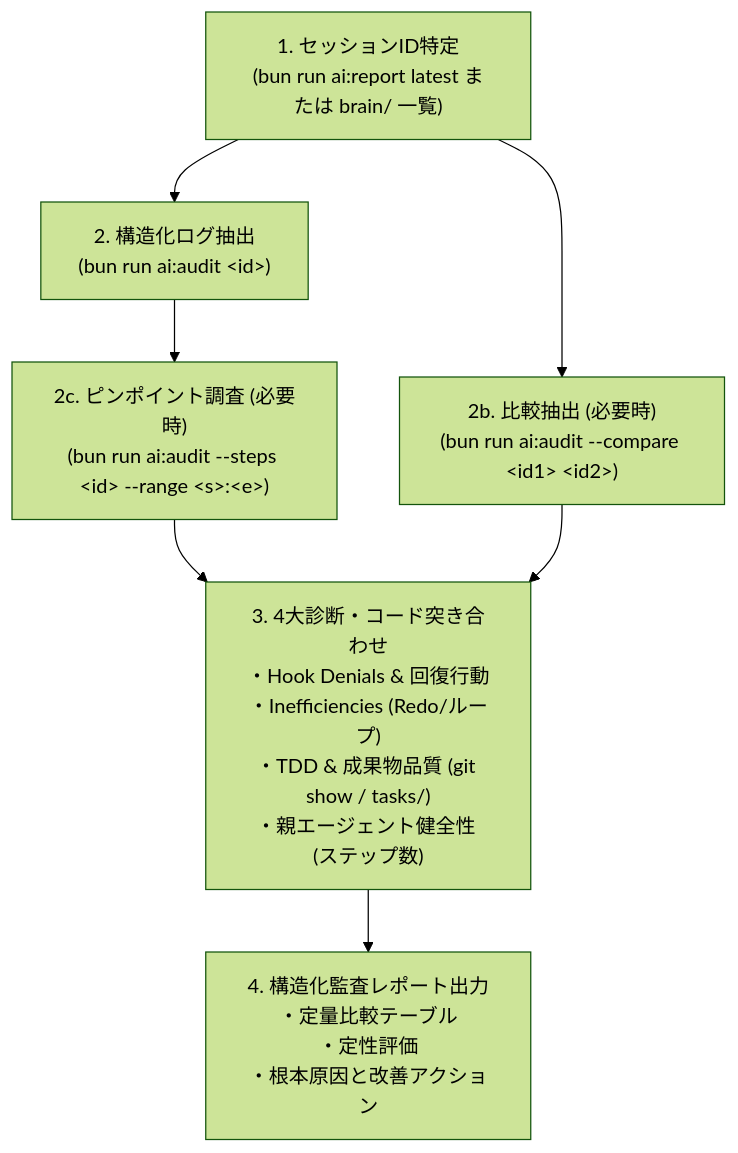
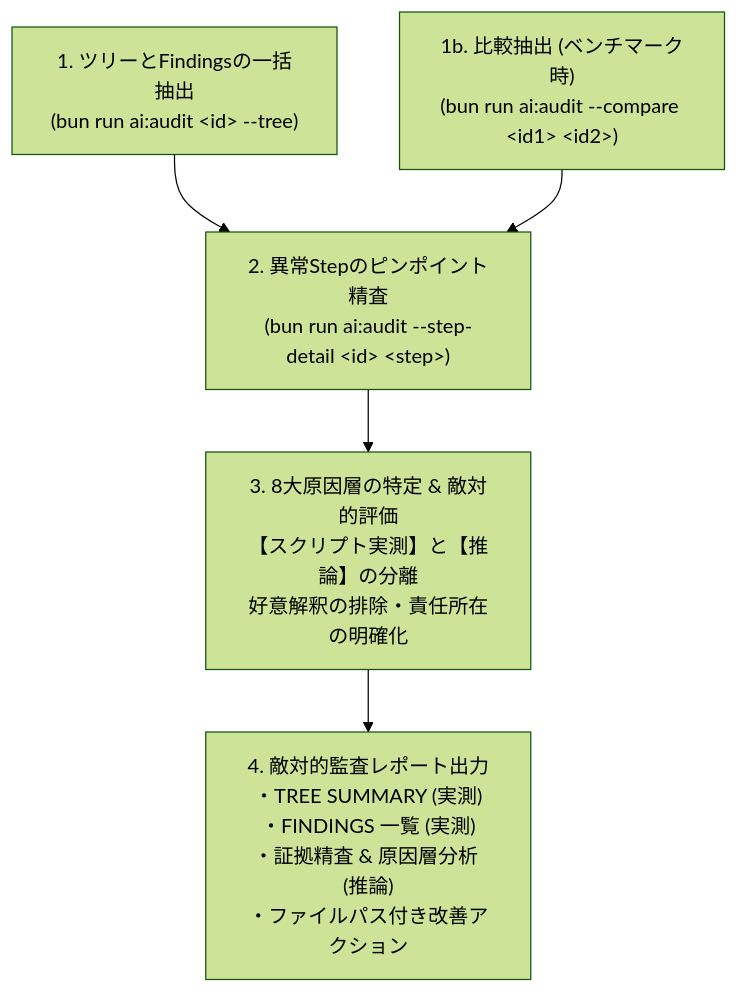
The diagram in .agents/skills/session-audit/SKILL.md (watter46/footics), drawn with Mermaid (forest theme) before and after one commit. The commit also changed other lines of this file and 3 other files, not shown here.

````diff
--- a/.agents/skills/session-audit/SKILL.md
+++ b/.agents/skills/session-audit/SKILL.md
@@ -14,14 +14,13 @@
 ```mermaid
 flowchart TD
-    S_Find["1. セッションID特定<br>(bun run ai:report latest または brain/ 一覧)"]
-    S_Audit["2. 構造化ログ抽出<br>(bun run ai:audit &lt;id&gt;)"]
-    S_Comp["2b. 比較抽出 (必要時)<br>(bun run ai:audit --compare &lt;id1&gt; &lt;id2&gt;)"]
-    S_Steps["2c. ピンポイント調査 (必要時)<br>(bun run ai:audit --steps &lt;id&gt; --range &lt;s&gt;:&lt;e&gt;)"]
-    D_Diagnose["3. 4大診断・コード突き合わせ<br>・Hook Denials & 回復行動<br>・Inefficiencies (Redo/ループ)<br>・TDD & 成果物品質 (git show / tasks/)<br>・親エージェント健全性 (ステップ数)"]
-    R_Report["4. 構造化監査レポート出力<br>・定量比較テーブル<br>・定性評価<br>・根本原因と改善アクション"]
+    S_Tree["1. ツリーとFindingsの一括抽出<br>(bun run ai:audit &lt;id&gt; --tree)"]
+    S_Comp["1b. 比較抽出 (ベンチマーク時)<br>(bun run ai:audit --compare &lt;id1&gt; &lt;id2&gt;)"]
+    S_Step["2. 異常Stepのピンポイント精査<br>(bun run ai:audit --step-detail &lt;id&gt; &lt;step&gt;)"]
+    D_Diagnose["3. 8大原因層の特定 &amp; 敵対的評価<br>【スクリプト実測】と【推論】の分離<br>好意解釈の排除・責任所在の明確化"]
+    R_Report["4. 敵対的監査レポート出力<br>・TREE SUMMARY (実測)<br>・FINDINGS 一覧 (実測)<br>・証拠精査 &amp; 原因層分析 (推論)<br>・ファイルパス付き改善アクション"]
 
-    S_Find --> S_Audit & S_Comp
-    S_Audit --> S_Steps --> D_Diagnose
-    S_Comp --> D_Diagnose
+    S_Tree --> S_Step
+    S_Comp --> S_Step
+    S_Step --> D_Diagnose
     D_Diagnose --> R_Report
 ```
````
